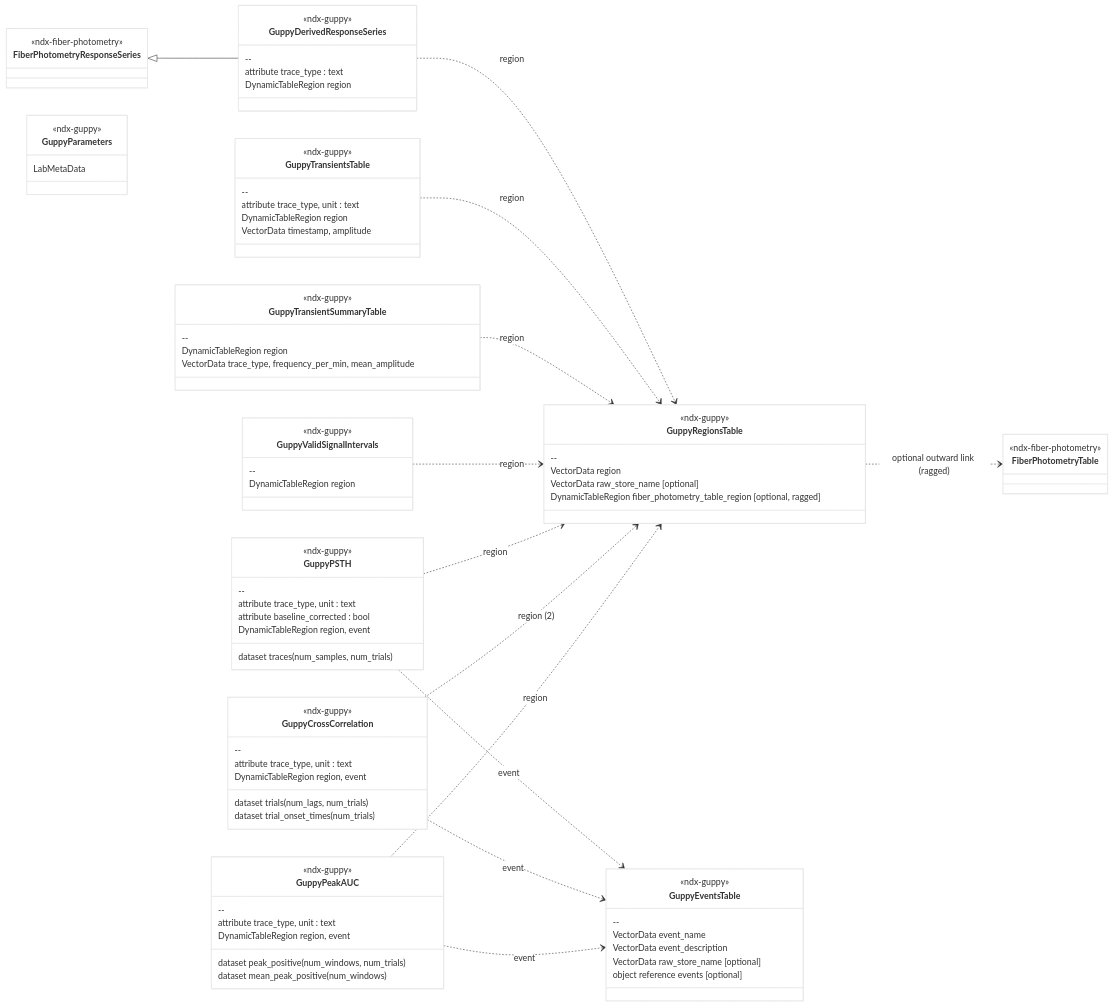
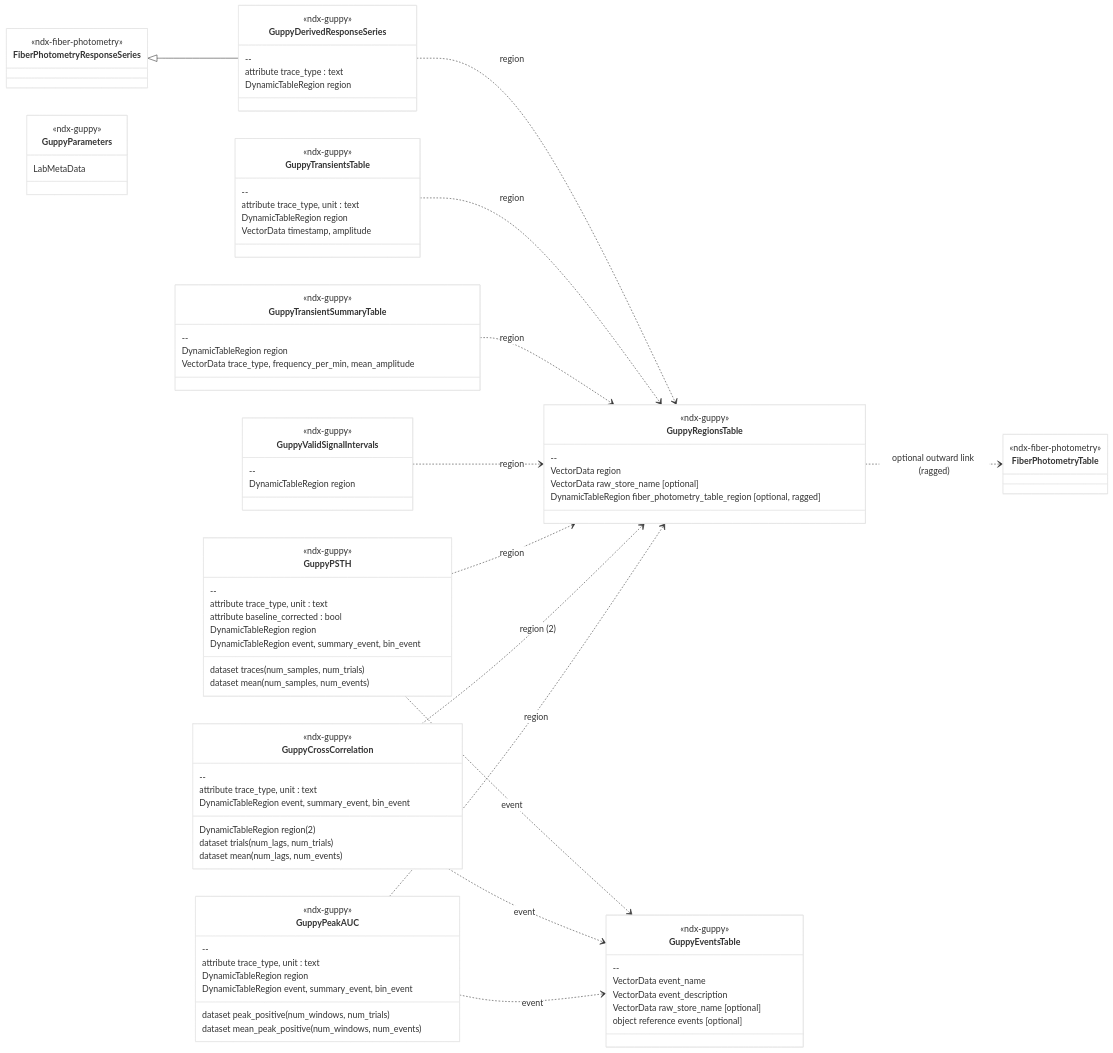
One commit to catalystneuro/ndx-guppy changed the diagram in README.md. Above: the diagram before and after it, drawn with Mermaid. The commit also changed other lines of this file and 4 other files, not shown here.

Commit message:
Updated extension to concatenate all events into one table per condition

```diff
--- a/README.md
+++ b/README.md
@@ -247,24 +261,28 @@
         --
         attribute trace_type, unit : text
         attribute baseline_corrected : bool
-        DynamicTableRegion region, event
+        DynamicTableRegion region
+        DynamicTableRegion event, summary_event, bin_event
         dataset traces (num_samples, num_trials)
+        dataset mean (num_samples, num_events)
     }
     class GuppyCrossCorrelation {
         <<ndx-guppy>>
         --
         attribute trace_type, unit : text
-        DynamicTableRegion region, event
+        DynamicTableRegion region (2)
+        DynamicTableRegion event, summary_event, bin_event
         dataset trials (num_lags, num_trials)
-        dataset trial_onset_times (num_trials)
+        dataset mean (num_lags, num_events)
     }
     class GuppyPeakAUC {
         <<ndx-guppy>>
         --
         attribute trace_type, unit : text
-        DynamicTableRegion region, event
+        DynamicTableRegion region
+        DynamicTableRegion event, summary_event, bin_event
         dataset peak_positive (num_windows, num_trials)
-        dataset mean_peak_positive (num_windows)
+        dataset mean_peak_positive (num_windows, num_events)
     }
     class GuppyValidSignalIntervals {
         <<ndx-guppy>>
```
